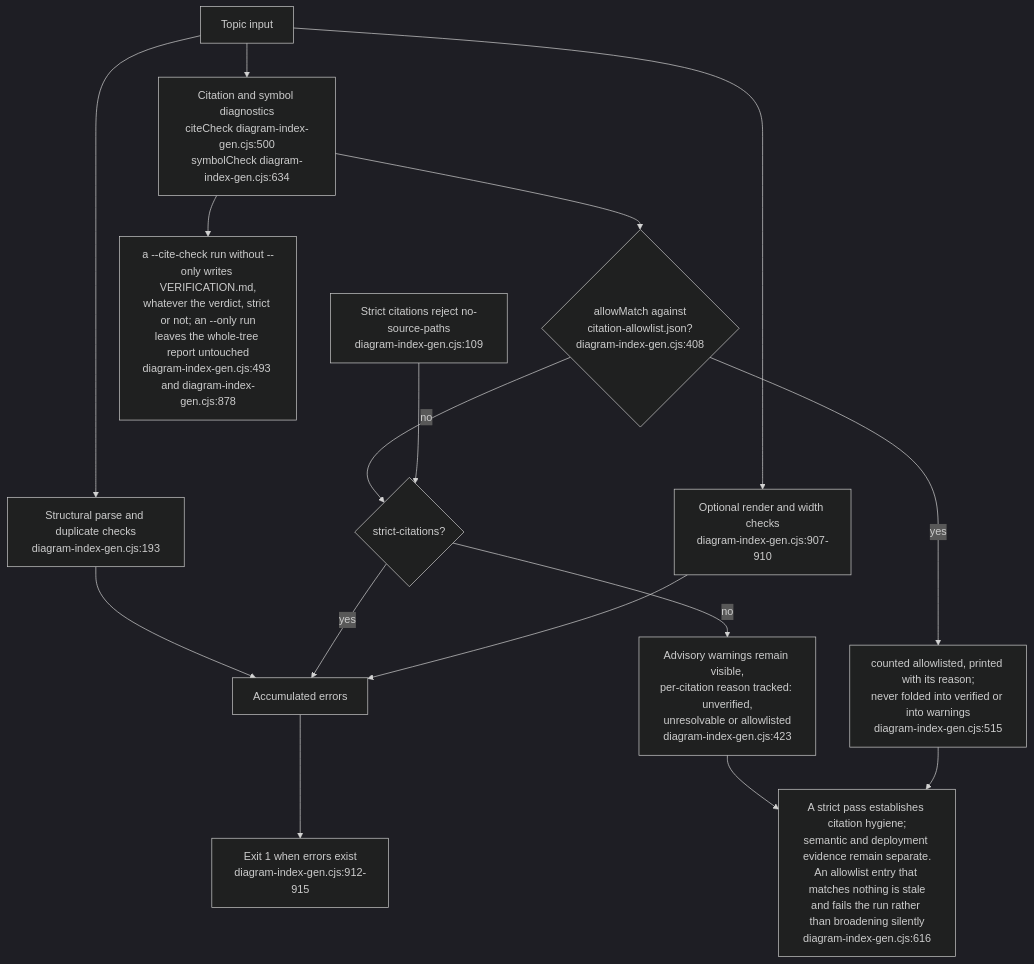
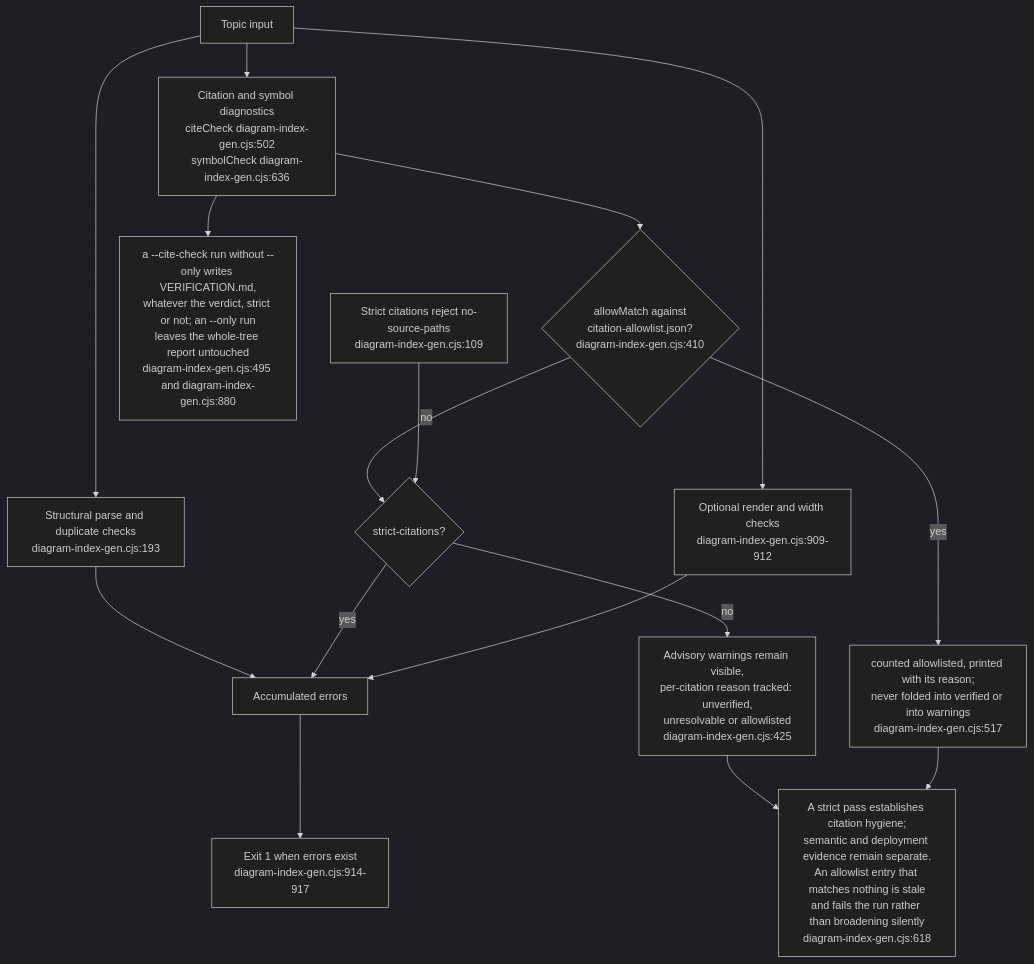
Before and after one commit to DreamLab-AI/VisionFlow: the ninth of 15 diagrams in docs/diagrams/visionflow/06-diagram-tooling.md, drawn with Mermaid (dark theme). The commit also changed other lines of this file and 91 other files, not shown here.

````diff
--- a/docs/diagrams/visionflow/06-diagram-tooling.md
+++ b/docs/diagrams/visionflow/06-diagram-tooling.md
@@ -292,19 +292,19 @@
 ```mermaid
 flowchart TB
     I["Topic input"] --> P["Structural parse and duplicate checks<br/>diagram-index-gen.cjs:193"]
     P --> ERR["Accumulated errors"]
-    I --> C["Citation and symbol diagnostics<br/>citeCheck diagram-index-gen.cjs:500<br/>symbolCheck diagram-index-gen.cjs:634"]
-    C --> WAIVE{"allowMatch against<br/>citation-allowlist.json?<br/>diagram-index-gen.cjs:408"}
-    WAIVE -->|yes| NOTE["counted allowlisted, printed with its reason;<br/>never folded into verified or into warnings<br/>diagram-index-gen.cjs:515"]
+    I --> C["Citation and symbol diagnostics<br/>citeCheck diagram-index-gen.cjs:502<br/>symbolCheck diagram-index-gen.cjs:636"]
+    C --> WAIVE{"allowMatch against<br/>citation-allowlist.json?<br/>diagram-index-gen.cjs:410"}
+    WAIVE -->|yes| NOTE["counted allowlisted, printed with its reason;<br/>never folded into verified or into warnings<br/>diagram-index-gen.cjs:517"]
     WAIVE -->|no| STRICT{"strict-citations?"}
     STRICT -->|yes| ERR
-    STRICT -->|no| WARN["Advisory warnings remain visible,<br/>per-citation reason tracked: unverified,<br/>unresolvable or allowlisted<br/>diagram-index-gen.cjs:423"]
-    C --> VER["a --cite-check run without --only writes VERIFICATION.md,<br/>whatever the verdict, strict or not; an --only run<br/>leaves the whole-tree report untouched<br/>diagram-index-gen.cjs:493 and diagram-index-gen.cjs:878"]
-    I --> R["Optional render and width checks<br/>diagram-index-gen.cjs:907-910"]
+    STRICT -->|no| WARN["Advisory warnings remain visible,<br/>per-citation reason tracked: unverified,<br/>unresolvable or allowlisted<br/>diagram-index-gen.cjs:425"]
+    C --> VER["a --cite-check run without --only writes VERIFICATION.md,<br/>whatever the verdict, strict or not; an --only run<br/>leaves the whole-tree report untouched<br/>diagram-index-gen.cjs:495 and diagram-index-gen.cjs:880"]
+    I --> R["Optional render and width checks<br/>diagram-index-gen.cjs:909-912"]
     R --> ERR
-    ERR --> FAIL["Exit 1 when errors exist<br/>diagram-index-gen.cjs:912-915"]
+    ERR --> FAIL["Exit 1 when errors exist<br/>diagram-index-gen.cjs:914-917"]
     MODE["Strict citations reject no-source-paths<br/>diagram-index-gen.cjs:109"] --> STRICT
-    LIMIT["A strict pass establishes citation hygiene;<br/>semantic and deployment evidence remain separate.<br/>An allowlist entry that matches nothing is stale<br/>and fails the run rather than broadening silently<br/>diagram-index-gen.cjs:616"]
+    LIMIT["A strict pass establishes citation hygiene;<br/>semantic and deployment evidence remain separate.<br/>An allowlist entry that matches nothing is stale<br/>and fails the run rather than broadening silently<br/>diagram-index-gen.cjs:618"]
     WARN --> LIMIT
     NOTE --> LIMIT
 ```
````
